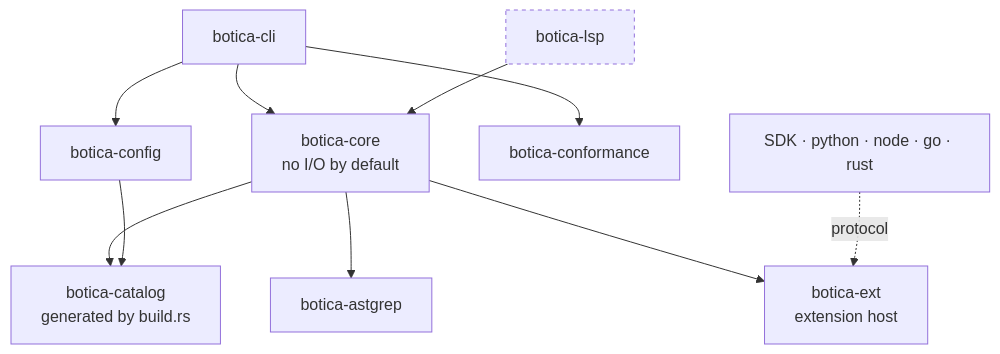
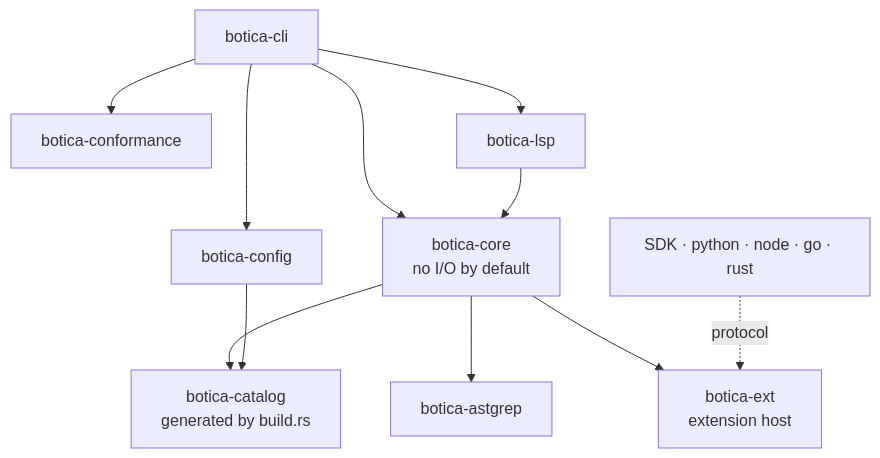
The second of 2 diagrams in docs/adr/0003-botica-lint-architecture.md (collectiveai-team/botica), drawn with Mermaid before and after one commit. The commit also changed other lines of this file and 11 other files, not shown here.

Commit message:
feat(lint): add botica server and the botica-lsp crate, which publish the findings of the rules for the buffers of an editor

````diff
--- a/docs/adr/0003-botica-lint-architecture.md
+++ b/docs/adr/0003-botica-lint-architecture.md
@@ -44,13 +44,14 @@
 ```mermaid
 flowchart TD
   cli[botica-cli] --> core
   cli --> config[botica-config]
   cli --> conformance[botica-conformance]
-  lsp[botica-lsp]:::planned --> core
+  cli --> lsp[botica-lsp]
+  lsp --> core
   core[botica-core<br/>no I/O by default] --> catalog[botica-catalog<br/>generated by build.rs]
   config --> catalog
   core --> astgrep[botica-astgrep]
   core --> ext[botica-ext<br/>extension host]
   sdk[SDK · python · node · go · rust] -. protocol .-> ext
   classDef planned stroke-dasharray: 4 4
 ```
````
